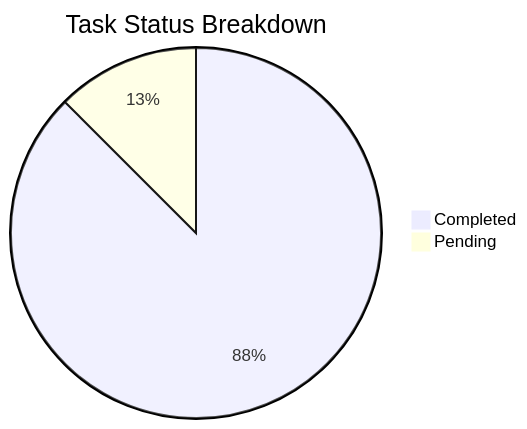
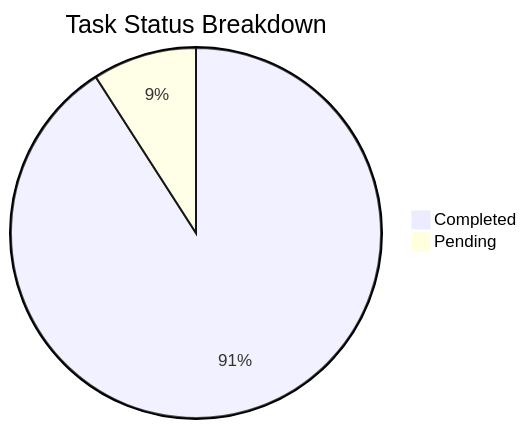
Before and after one commit to sagarms97/MyWorkDairy: the first of 2 diagrams in Sanchay/Analytics.md, drawn with Mermaid. The commit also changed other lines of this file and 7 other files, not shown here.

````diff
--- a/Sanchay/Analytics.md
+++ b/Sanchay/Analytics.md
@@ -12,5 +12,5 @@
 ```mermaid
 pie title Task Status Breakdown
-    "Completed" : 7
+    "Completed" : 10
     "Pending" : 1
 ```
````
